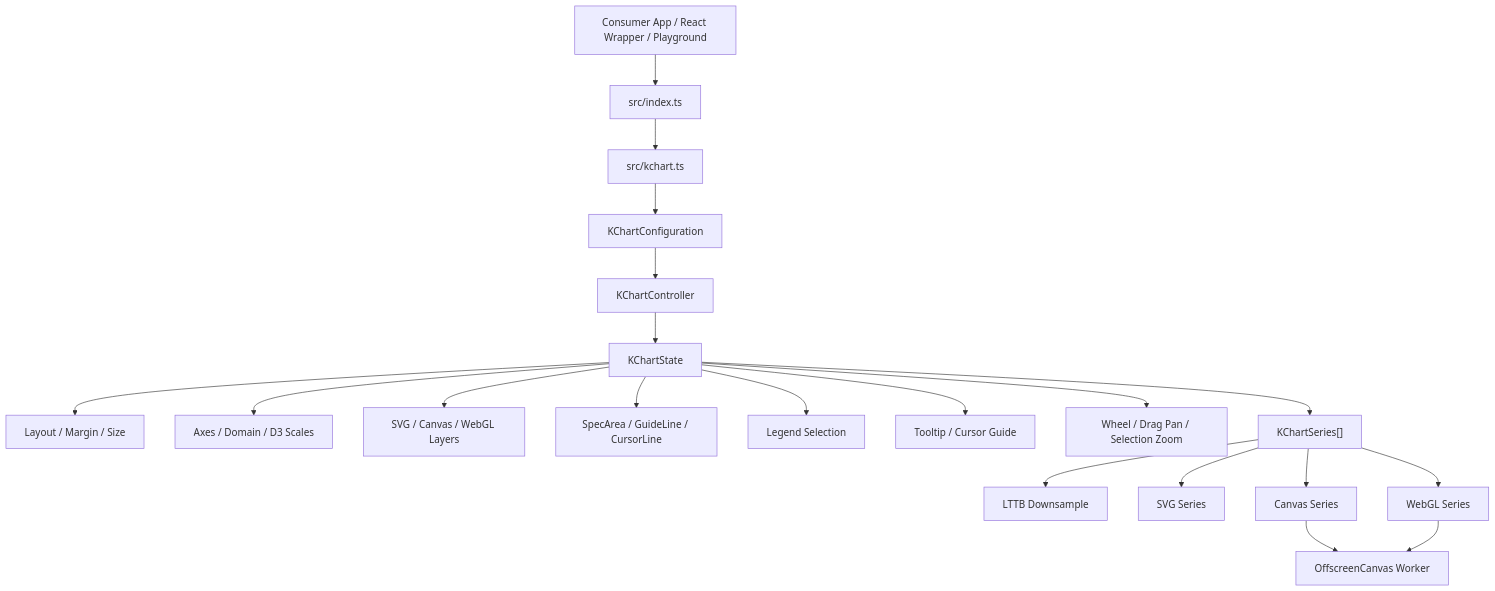
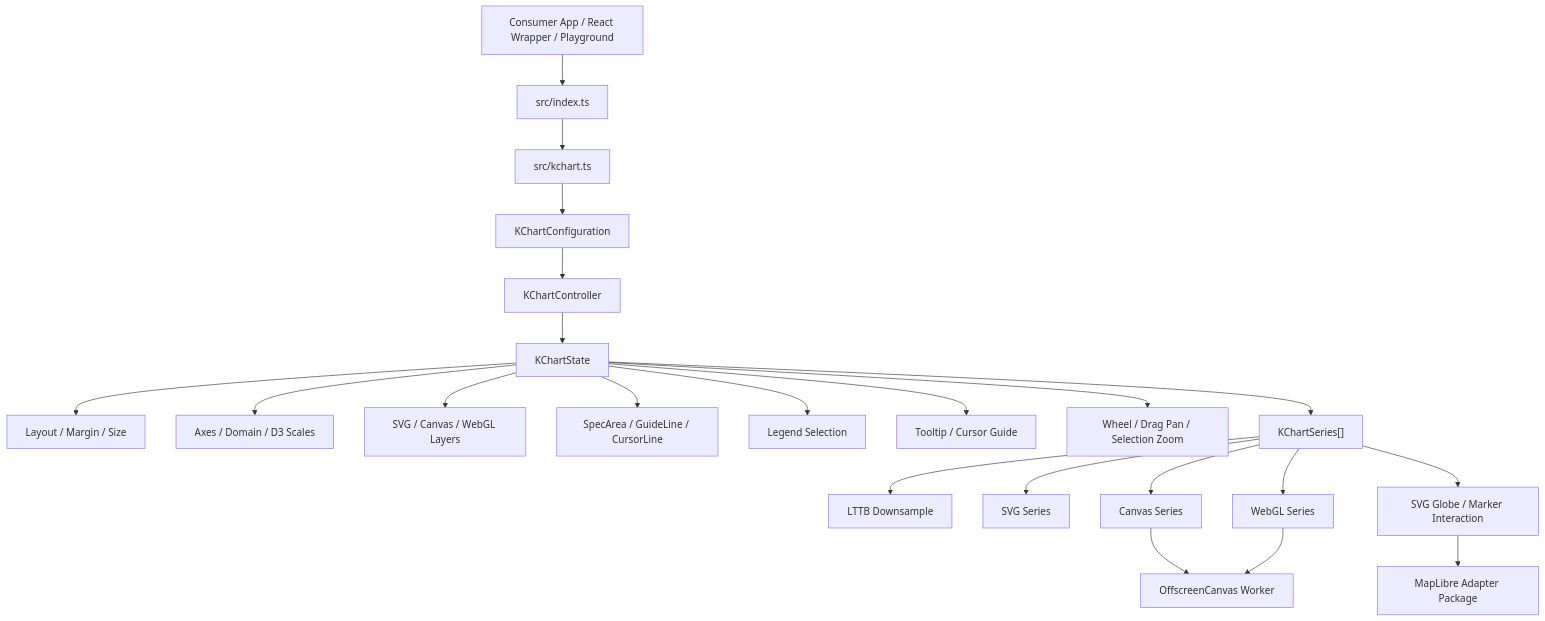
The first of 2 diagrams in docs/code-graph-handoff.md (keneth80/k-chart), drawn with Mermaid before and after one commit. The commit also changed other lines of this file and 1 other file, not shown here.

First line of the commit message:
docs: refresh globe release handoff

````diff
--- a/docs/code-graph-handoff.md
+++ b/docs/code-graph-handoff.md
@@ -18,42 +19,46 @@
 ```mermaid
 flowchart TD
     App["Consumer App / React Wrapper / Playground"]
     API["src/index.ts"]
     Core["src/kchart.ts"]
     Config["KChartConfiguration<T>"]
     Controller["KChartController<T>"]
     State["KChartState<T>"]
     Layout["Layout / Margin / Size"]
     Scales["Axes / Domain / D3 Scales"]
     Layers["SVG / Canvas / WebGL Layers"]
     Options["SpecArea / GuideLine / CursorLine"]
     Legend["Legend Selection"]
     Tooltip["Tooltip / Cursor Guide"]
     Zoom["Wheel / Drag Pan / Selection Zoom"]
     Downsample["LTTB Downsample"]
     Series["KChartSeries<T>[]"]
     SvgSeries["SVG Series"]
     CanvasSeries["Canvas Series"]
     WebglSeries["WebGL Series"]
     Worker["OffscreenCanvas Worker"]
+    Globe["SVG Globe / Marker Interaction"]
+    MapAdapter["MapLibre Adapter Package"]
 
     App --> API
     API --> Core
     Core --> Config
     Config --> Controller
     Controller --> State
     State --> Layout
     State --> Scales
     State --> Layers
     State --> Series
     State --> Options
     State --> Legend
     State --> Tooltip
     State --> Zoom
     Series --> Downsample
     Series --> SvgSeries
     Series --> CanvasSeries
     Series --> WebglSeries
     CanvasSeries --> Worker
     WebglSeries --> Worker
+    Series --> Globe
+    Globe --> MapAdapter
 ```
````
